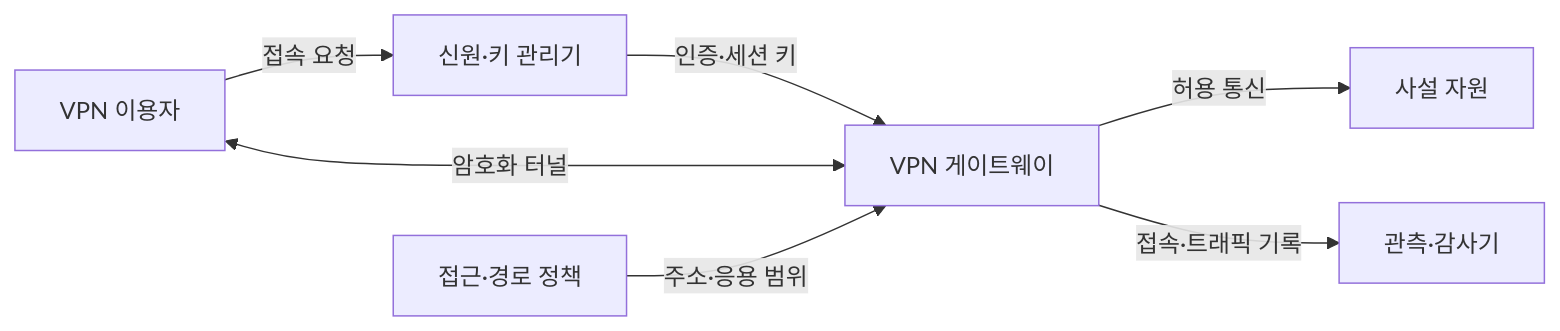
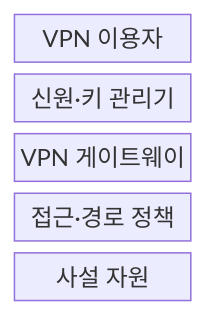
Before and after one commit to agnusdei1207/knowledge-base: the first of 2 diagrams in src/content/docs/notes/04-network/089_vpn.md, drawn with Mermaid. The commit also changed other lines of this file and 21 other files, not shown here.

````diff
--- a/src/content/docs/notes/04-network/089_vpn.md
+++ b/src/content/docs/notes/04-network/089_vpn.md
@@ -53,9 +55,9 @@
 ```mermaid
-flowchart LR
-    A["VPN 이용자"] -->|접속 요청| B["신원·키 관리기"]
-    B -->|인증·세션 키| C["VPN 게이트웨이"]
-    A <-->|암호화 터널| C
-    D["접근·경로 정책"] -->|주소·응용 범위| C
-    C -->|허용 통신| E["사설 자원"]
-    C -->|접속·트래픽 기록| F["관측·감사기"]
+block-beta
+    columns 1
+    USER["VPN 이용자"]
+    IDENTITY["신원·키 관리기"]
+    GATEWAY["VPN 게이트웨이"]
+    POLICY["접근·경로 정책"]
+    RESOURCE["사설 자원"]
 ```
````
